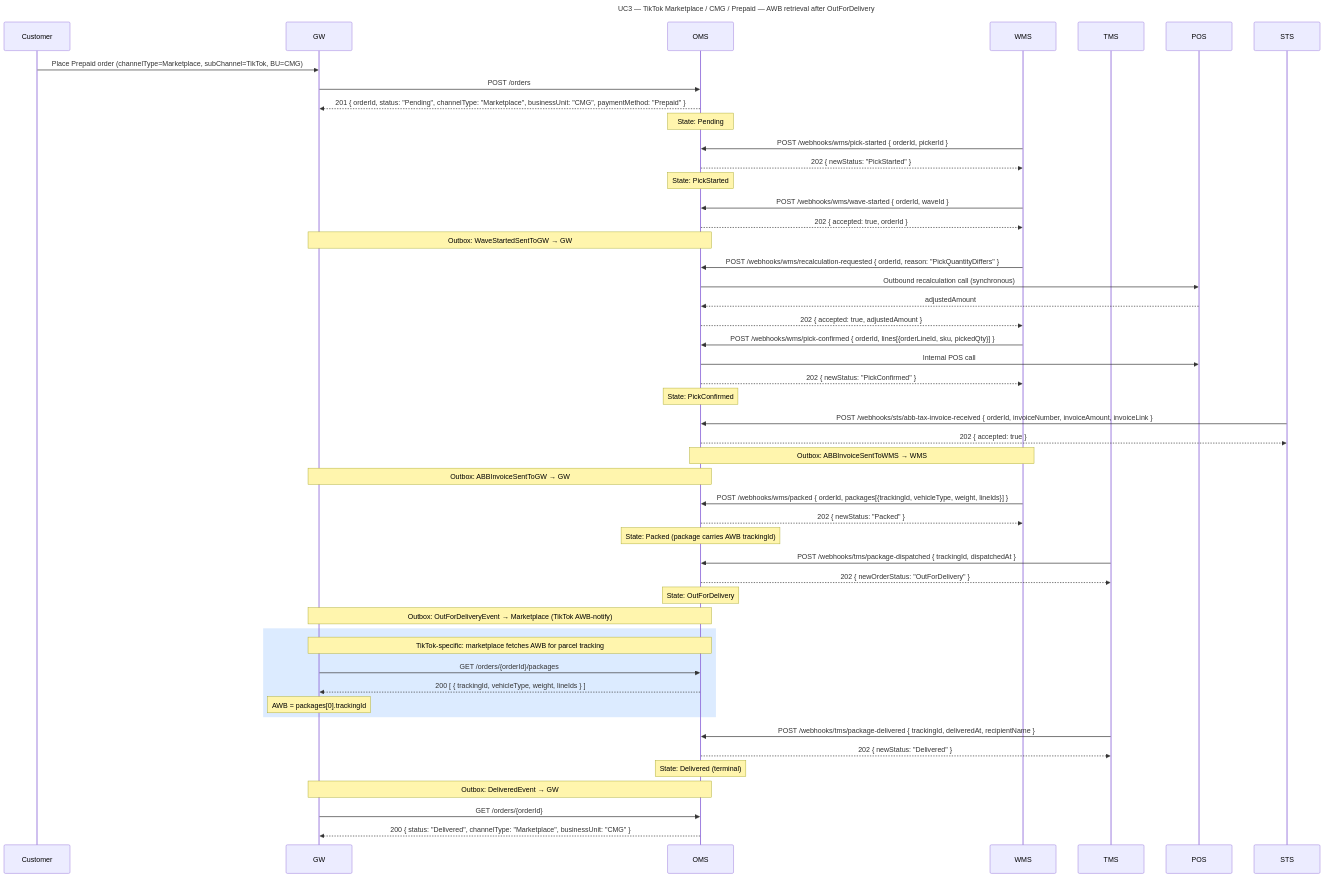
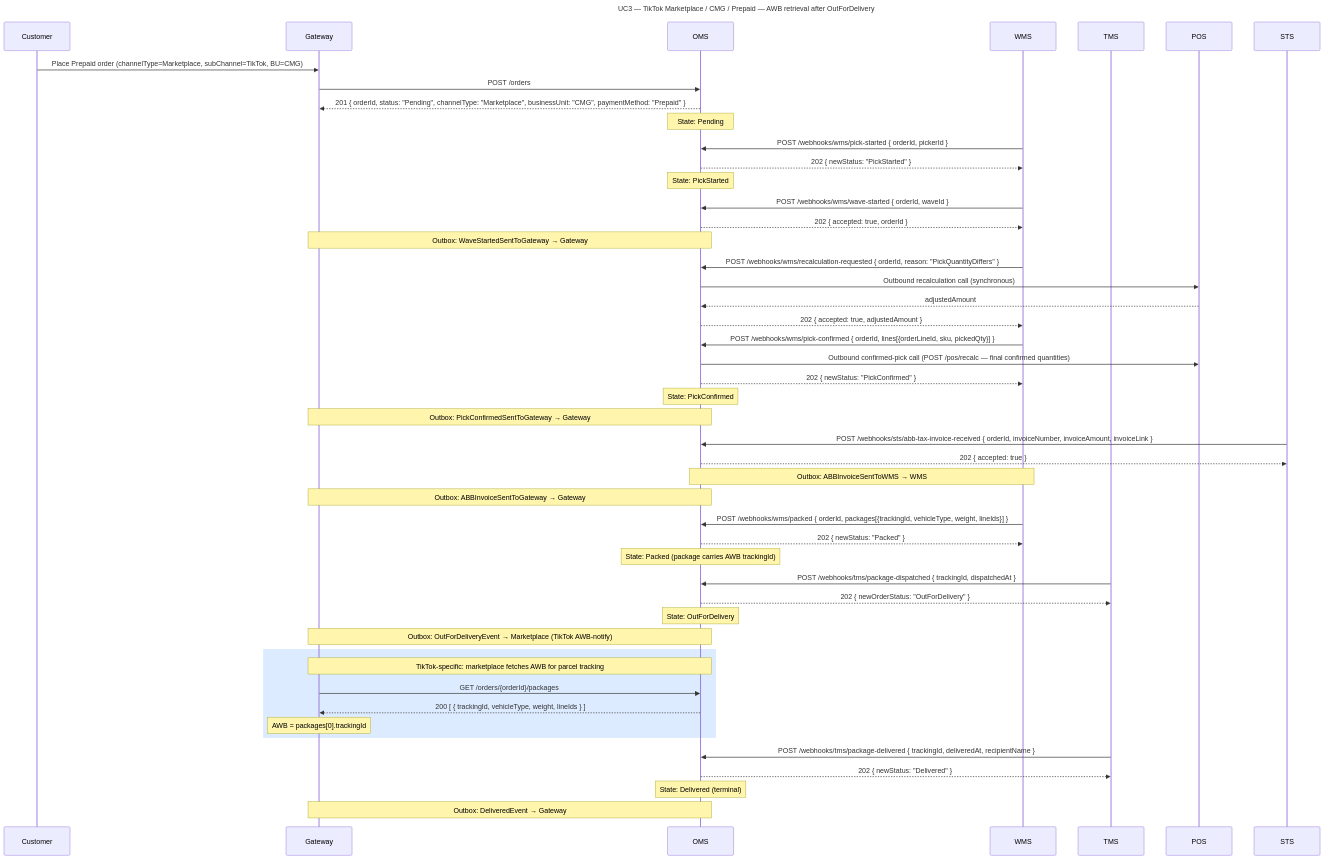
One commit to rosered11/oms-claude changed the third of 13 diagrams in docs/oms-e2e-sequence-diagrams.md. Above: the diagram before and after it, drawn with Mermaid. The commit also changed other lines of this file and 48 other files, not shown here.

````diff
--- a/docs/oms-e2e-sequence-diagrams.md
+++ b/docs/oms-e2e-sequence-diagrams.md
@@ -141,64 +136,62 @@
 ```mermaid
 sequenceDiagram
   title: UC3 — TikTok Marketplace / CMG / Prepaid — AWB retrieval after OutForDelivery
 
   participant Customer
-  participant GW
+  participant Gateway
   participant OMS
   participant WMS
   participant TMS
   participant POS
   participant STS
 
-  Customer->>GW: Place Prepaid order (channelType=Marketplace, subChannel=TikTok, BU=CMG)
-  GW->>OMS: POST /orders
-  OMS-->>GW: 201 { orderId, status: "Pending", channelType: "Marketplace", businessUnit: "CMG", paymentMethod: "Prepaid" }
+  Customer->>Gateway: Place Prepaid order (channelType=Marketplace, subChannel=TikTok, BU=CMG)
+  Gateway->>OMS: POST /orders
+  OMS-->>Gateway: 201 { orderId, status: "Pending", channelType: "Marketplace", businessUnit: "CMG", paymentMethod: "Prepaid" }
   Note over OMS: State: Pending
 
   WMS->>OMS: POST /webhooks/wms/pick-started { orderId, pickerId }
   OMS-->>WMS: 202 { newStatus: "PickStarted" }
   Note over OMS: State: PickStarted
 
   WMS->>OMS: POST /webhooks/wms/wave-started { orderId, waveId }
   OMS-->>WMS: 202 { accepted: true, orderId }
-  Note over OMS,GW: Outbox: WaveStartedSentToGW → GW
+  Note over OMS,Gateway: Outbox: WaveStartedSentToGateway → Gateway
 
   WMS->>OMS: POST /webhooks/wms/recalculation-requested { orderId, reason: "PickQuantityDiffers" }
   OMS->>POS: Outbound recalculation call (synchronous)
   POS-->>OMS: adjustedAmount
   OMS-->>WMS: 202 { accepted: true, adjustedAmount }
 
   WMS->>OMS: POST /webhooks/wms/pick-confirmed { orderId, lines[{orderLineId, sku, pickedQty}] }
-  OMS->>POS: Internal POS call
+  OMS->>POS: Outbound confirmed-pick call (POST /pos/recalc — final confirmed quantities)
   OMS-->>WMS: 202 { newStatus: "PickConfirmed" }
   Note over OMS: State: PickConfirmed
+  Note over OMS,Gateway: Outbox: PickConfirmedSentToGateway → Gateway
 
   STS->>OMS: POST /webhooks/sts/abb-tax-invoice-received { orderId, invoiceNumber, invoiceAmount, invoiceLink }
   OMS-->>STS: 202 { accepted: true }
   Note over OMS,WMS: Outbox: ABBInvoiceSentToWMS → WMS
-  Note over OMS,GW: Outbox: ABBInvoiceSentToGW → GW
+  Note over OMS,Gateway: Outbox: ABBInvoiceSentToGateway → Gateway
 
   WMS->>OMS: POST /webhooks/wms/packed { orderId, packages[{trackingId, vehicleType, weight, lineIds}] }
   OMS-->>WMS: 202 { newStatus: "Packed" }
   Note over OMS: State: Packed (package carries AWB trackingId)
 
   TMS->>OMS: POST /webhooks/tms/package-dispatched { trackingId, dispatchedAt }
   OMS-->>TMS: 202 { newOrderStatus: "OutForDelivery" }
   Note over OMS: State: OutForDelivery
-  Note over OMS,GW: Outbox: OutForDeliveryEvent → Marketplace (TikTok AWB-notify)
+  Note over OMS,Gateway: Outbox: OutForDeliveryEvent → Marketplace (TikTok AWB-notify)
 
   rect rgb(220, 235, 255)
-    Note over GW,OMS: TikTok-specific: marketplace fetches AWB for parcel tracking
-    GW->>OMS: GET /orders/{orderId}/packages
-    OMS-->>GW: 200 [ { trackingId, vehicleType, weight, lineIds } ]
-    Note over GW: AWB = packages[0].trackingId
+    Note over Gateway,OMS: TikTok-specific: marketplace fetches AWB for parcel tracking
+    Gateway->>OMS: GET /orders/{orderId}/packages
+    OMS-->>Gateway: 200 [ { trackingId, vehicleType, weight, lineIds } ]
+    Note over Gateway: AWB = packages[0].trackingId
   end
 
   TMS->>OMS: POST /webhooks/tms/package-delivered { trackingId, deliveredAt, recipientName }
   OMS-->>TMS: 202 { newStatus: "Delivered" }
   Note over OMS: State: Delivered (terminal)
-  Note over OMS,GW: Outbox: DeliveredEvent → GW
-
-  GW->>OMS: GET /orders/{orderId}
-  OMS-->>GW: 200 { status: "Delivered", channelType: "Marketplace", businessUnit: "CMG" }
+  Note over OMS,Gateway: Outbox: DeliveredEvent → Gateway
 ```
````
